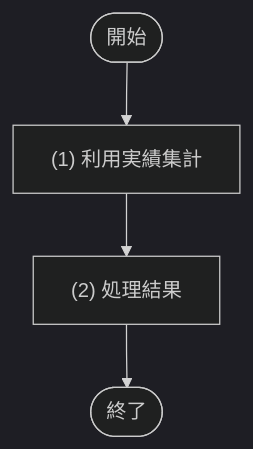
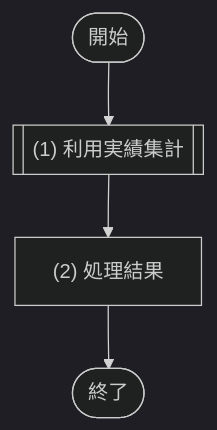
Before and after one commit to sikakou54/system-document-template: the diagram in docs/03_機能設計/03_API設計/API-008_利用実績取得.md, drawn with Mermaid (dark theme). The commit also changed 28 other files, not shown here.

````diff
--- a/docs/03_機能設計/03_API設計/API-008_利用実績取得.md
+++ b/docs/03_機能設計/03_API設計/API-008_利用実績取得.md
@@ -43,9 +43,9 @@
 ```mermaid
 flowchart TD
   Start([開始])
-  P1["(1) 利用実績集計"]
+  P1[["(1) 利用実績集計"]]
   P2["(2) 処理結果"]
   End([終了])
 
   Start --> P1 --> P2 --> End
 ```
````
